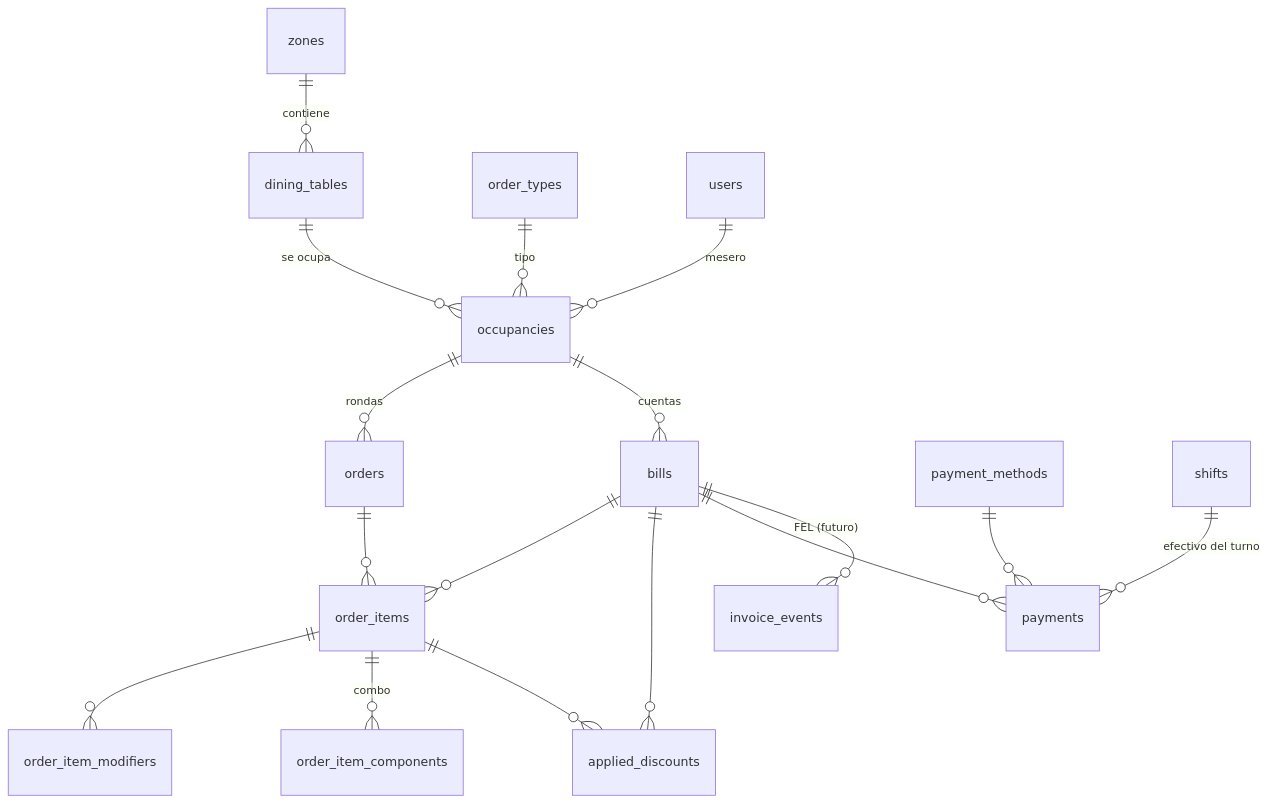
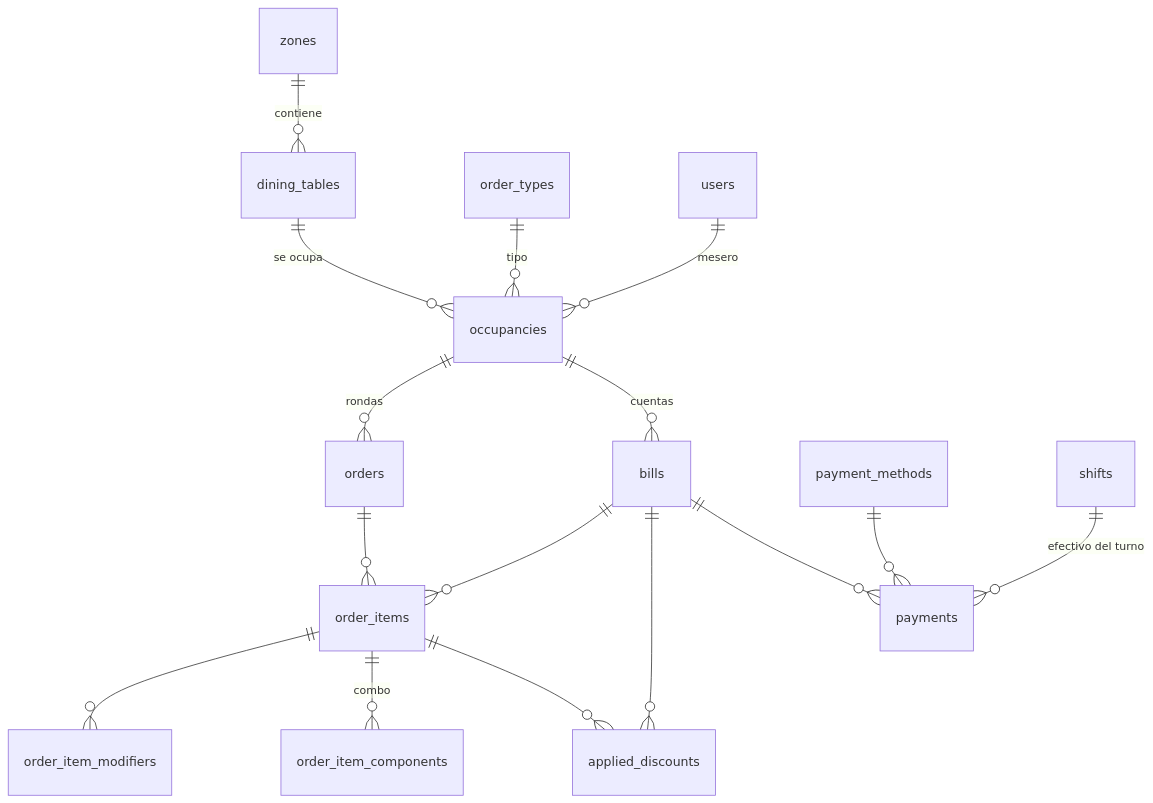
One commit to PabloReyes1/mise-by-rengo changed the third of 6 diagrams in Docs/07-modelo-de-datos.md. Above: the diagram before and after it, drawn with Mermaid. The commit also changed other lines of this file and 103 other files, not shown here.

````diff
--- a/Docs/07-modelo-de-datos.md
+++ b/Docs/07-modelo-de-datos.md
@@ -64,19 +64,18 @@
 ```mermaid
 erDiagram
     zones ||--o{ dining_tables : contiene
     dining_tables ||--o{ occupancies : "se ocupa"
     order_types ||--o{ occupancies : tipo
     users ||--o{ occupancies : mesero
     occupancies ||--o{ orders : "rondas"
     occupancies ||--o{ bills : cuentas
     orders ||--o{ order_items : ""
     bills ||--o{ order_items : ""
     order_items ||--o{ order_item_modifiers : ""
     order_items ||--o{ order_item_components : "combo"
     bills ||--o{ applied_discounts : ""
     order_items ||--o{ applied_discounts : ""
     bills ||--o{ payments : ""
     payment_methods ||--o{ payments : ""
     shifts ||--o{ payments : "efectivo del turno"
-    bills ||--o{ invoice_events : "FEL (futuro)"
 ```
````
